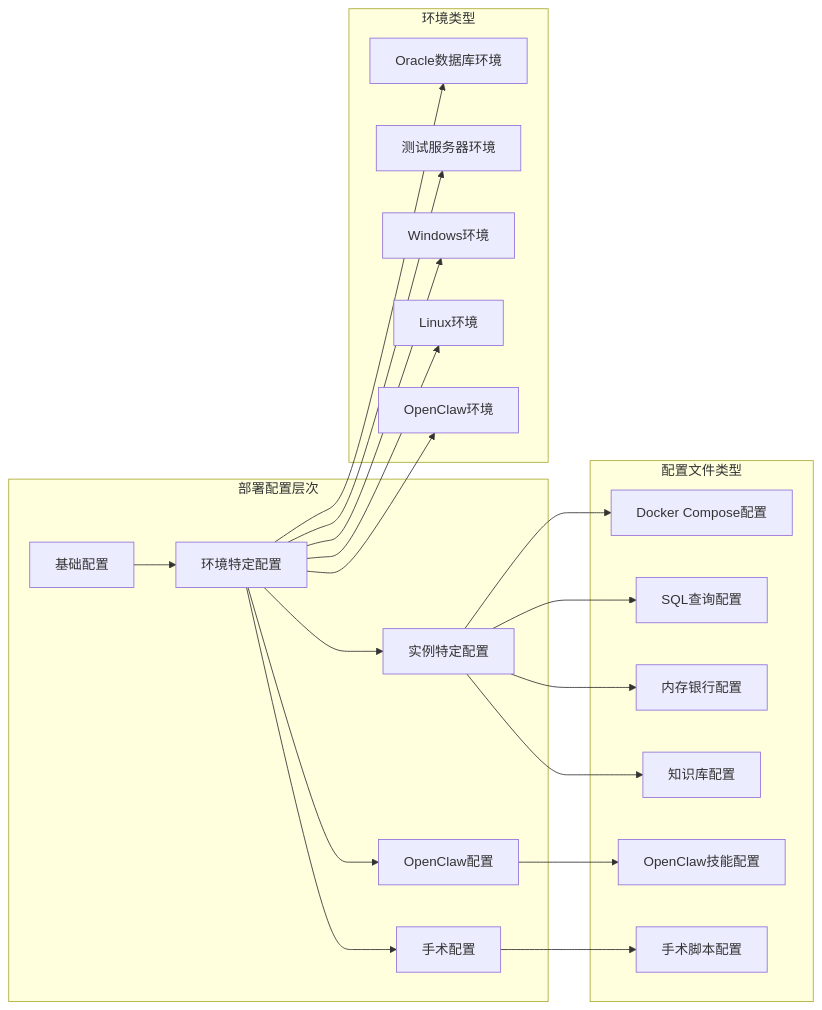
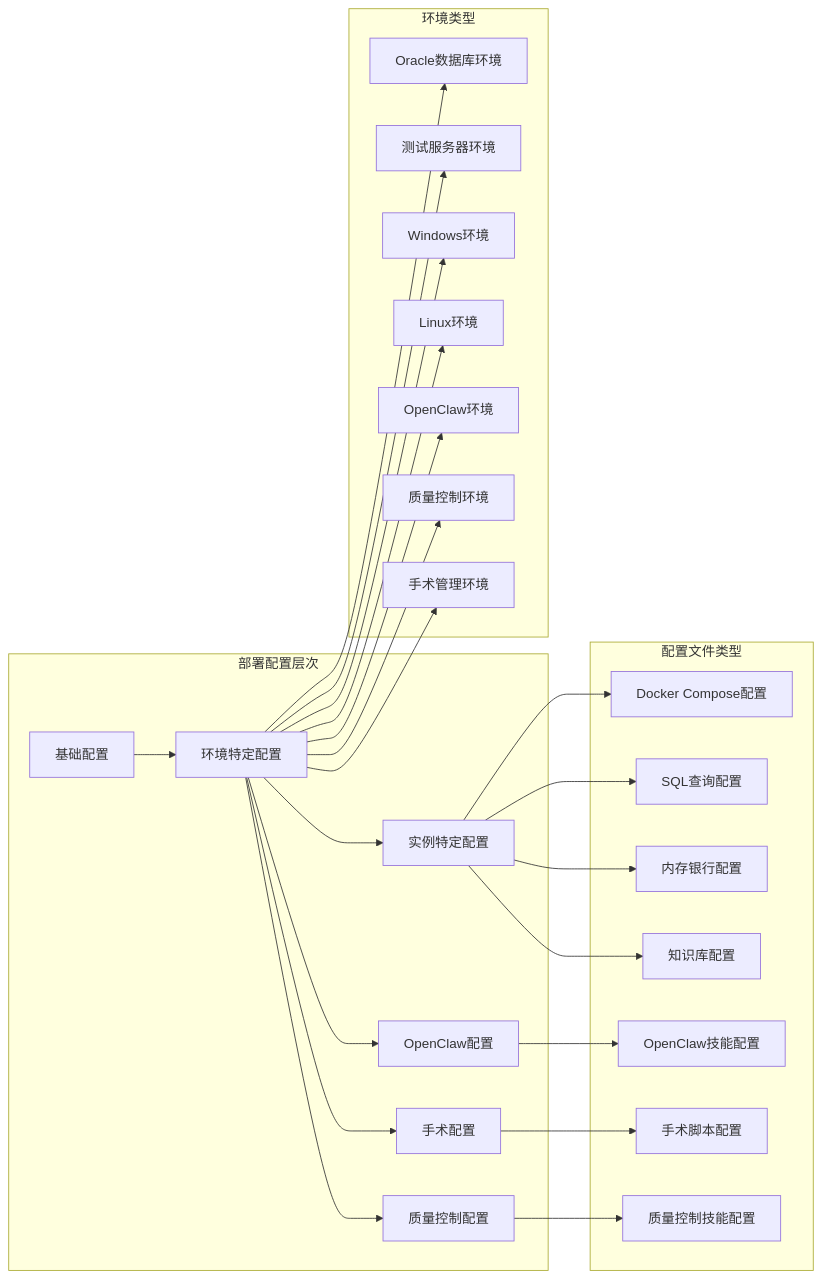
One commit to liuzh2008/med_ai_assistant_workspace changed diagram 17 of 17 in .qoder/repowiki/zh/content/Update Summary/Update Summary.md. Above: the diagram before and after it, drawn with Mermaid. The commit also changed other lines of this file and 6 other files, not shown here.

````diff
--- a/.qoder/repowiki/zh/content/Update Summary/Update Summary.md
+++ b/.qoder/repowiki/zh/content/Update Summary/Update Summary.md
@@ -1102,40 +1380,48 @@
 ```mermaid
 graph LR
 subgraph "部署配置层次"
 BaseConfig[基础配置]
 EnvSpecific[环境特定配置]
 InstanceSpecific[实例特定配置]
 OpenClawConfig[OpenClaw配置]
 SurgeryConfig[手术配置]
+QCConfig[质量控制配置]
 end
 subgraph "环境类型"
 Oracle[Oracle数据库环境]
 TestServer[测试服务器环境]
 Windows[Windows环境]
 Linux[Linux环境]
 OpenClawEnv[OpenClaw环境]
+QCEnv[质量控制环境]
+SurgeryEnv[手术管理环境]
 end
 subgraph "配置文件类型"
 DockerCompose[Docker Compose配置]
 SQLQueries[SQL查询配置]
 MemoryBank[内存银行配置]
 KnowledgeBase[知识库配置]
 OpenClawSkill[OpenClaw技能配置]
 SurgeryScript[手术脚本配置]
+QCSkill[质量控制技能配置]
 end
 BaseConfig --> EnvSpecific
 EnvSpecific --> InstanceSpecific
 EnvSpecific --> OpenClawConfig
 EnvSpecific --> SurgeryConfig
+EnvSpecific --> QCConfig
 EnvSpecific --> Oracle
 EnvSpecific --> TestServer
 EnvSpecific --> Windows
 EnvSpecific --> Linux
 EnvSpecific --> OpenClawEnv
+EnvSpecific --> QCEnv
+EnvSpecific --> SurgeryEnv
 InstanceSpecific --> DockerCompose
 InstanceSpecific --> SQLQueries
 InstanceSpecific --> MemoryBank
 InstanceSpecific --> KnowledgeBase
 OpenClawConfig --> OpenClawSkill
 SurgeryConfig --> SurgeryScript
+QCConfig --> QCSkill
 ```
````
